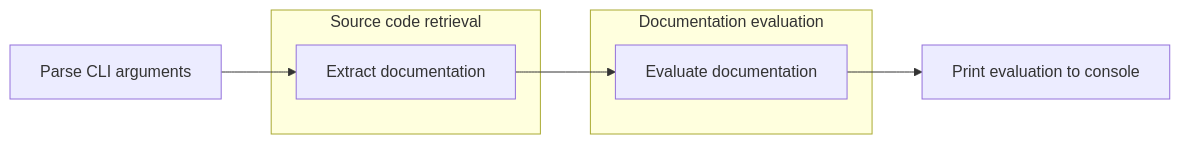
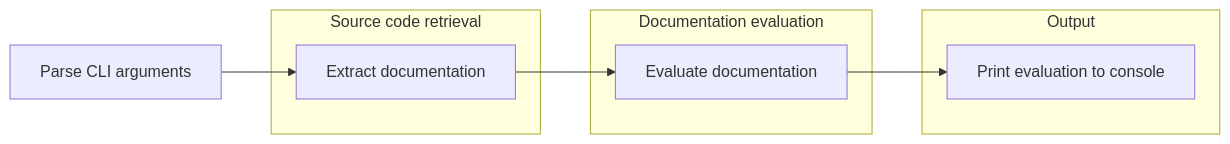
One commit to guardian/hackday-ever-elusive-kudo changed the first of 2 diagrams in README.md. Above: the diagram before and after it, drawn with Mermaid. The commit also changed other lines of this file and 10 other files, not shown here.

````diff
--- a/README.md
+++ b/README.md
@@ -59,11 +60,13 @@
 ```mermaid
 flowchart LR
     Start[Parse CLI arguments] --> ExtractDocs
     subgraph sourceCodeRetrieval["Source code retrieval"]
         ExtractDocs[Extract documentation]
     end
     subgraph docsEvaluation["Documentation evaluation"]
         ExtractDocs --> EvaluateDocs[Evaluate documentation]
     end
-    EvaluateDocs --> PrintResults[Print evaluation to console]
+    subgraph output["Output"]
+        EvaluateDocs --> PrintResults[Print evaluation to console]
+    end
 ```
````
